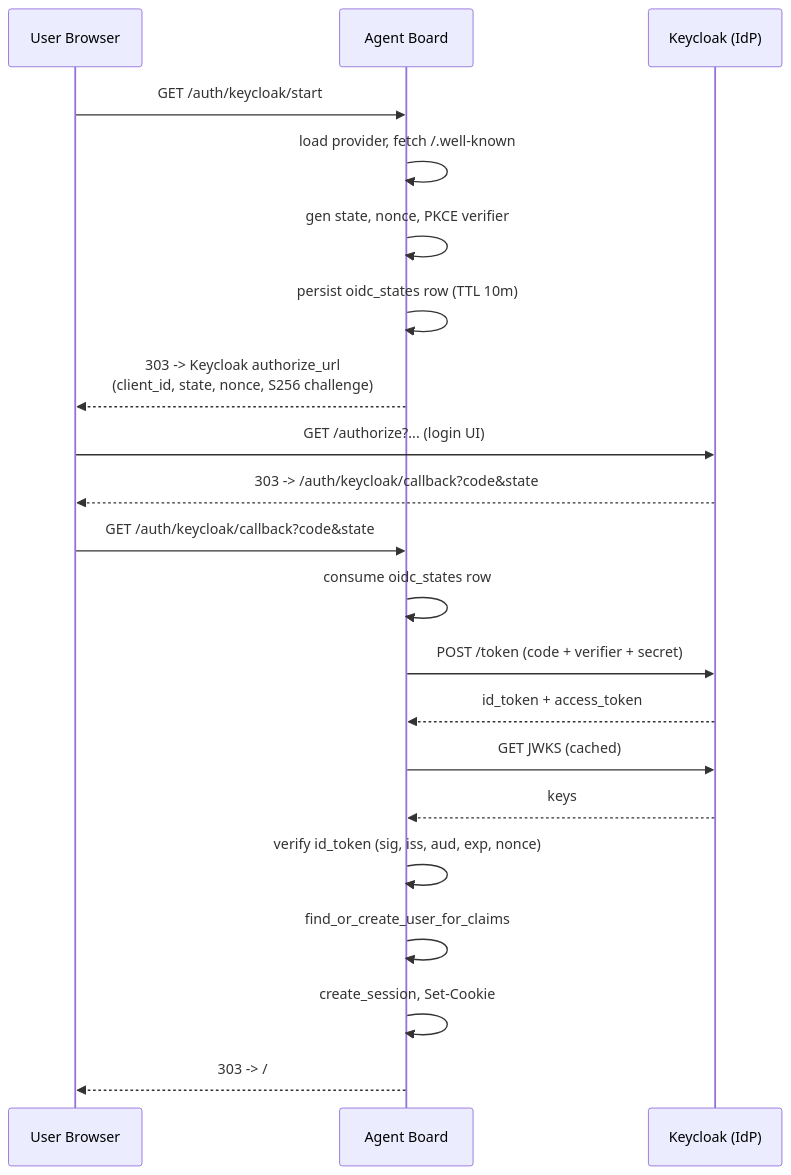
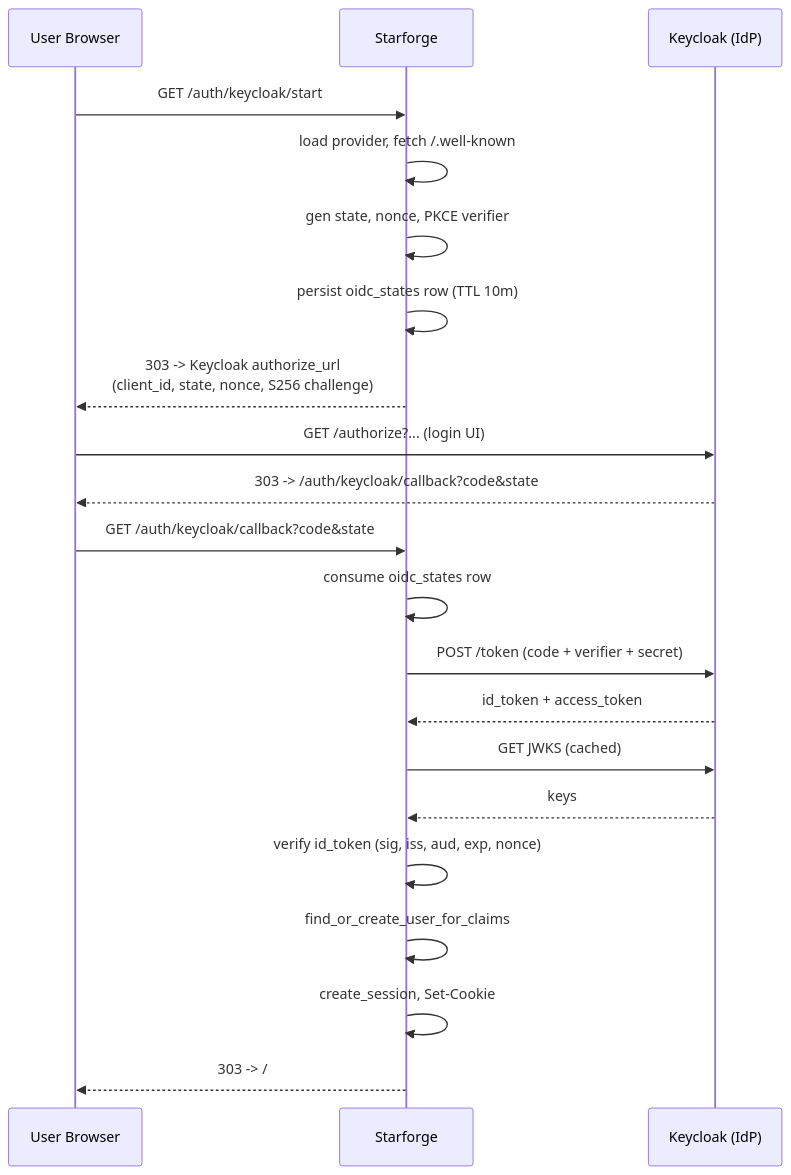
The seventh of 12 diagrams in README.md (TravisDev/Starforge), drawn with Mermaid before and after one commit. The commit also changed other lines of this file and 9 other files, not shown here.

First line of the commit message:
Rebrand: Agent Board → Starforge

````diff
--- a/README.md
+++ b/README.md
@@ -454,24 +454,24 @@
 ```mermaid
 sequenceDiagram
   participant U as User Browser
-  participant AB as Agent Board
+  participant AB as Starforge
   participant K as Keycloak (IdP)
 
   U->>AB: GET /auth/keycloak/start
   AB->>AB: load provider, fetch /.well-known
   AB->>AB: gen state, nonce, PKCE verifier
   AB->>AB: persist oidc_states row (TTL 10m)
   AB-->>U: 303 -> Keycloak authorize_url<br/>(client_id, state, nonce, S256 challenge)
   U->>K: GET /authorize?... (login UI)
   K-->>U: 303 -> /auth/keycloak/callback?code&state
   U->>AB: GET /auth/keycloak/callback?code&state
   AB->>AB: consume oidc_states row
   AB->>K: POST /token (code + verifier + secret)
   K-->>AB: id_token + access_token
   AB->>K: GET JWKS (cached)
   K-->>AB: keys
   AB->>AB: verify id_token (sig, iss, aud, exp, nonce)
   AB->>AB: find_or_create_user_for_claims
   AB->>AB: create_session, Set-Cookie
   AB-->>U: 303 -> /
 ```
````
